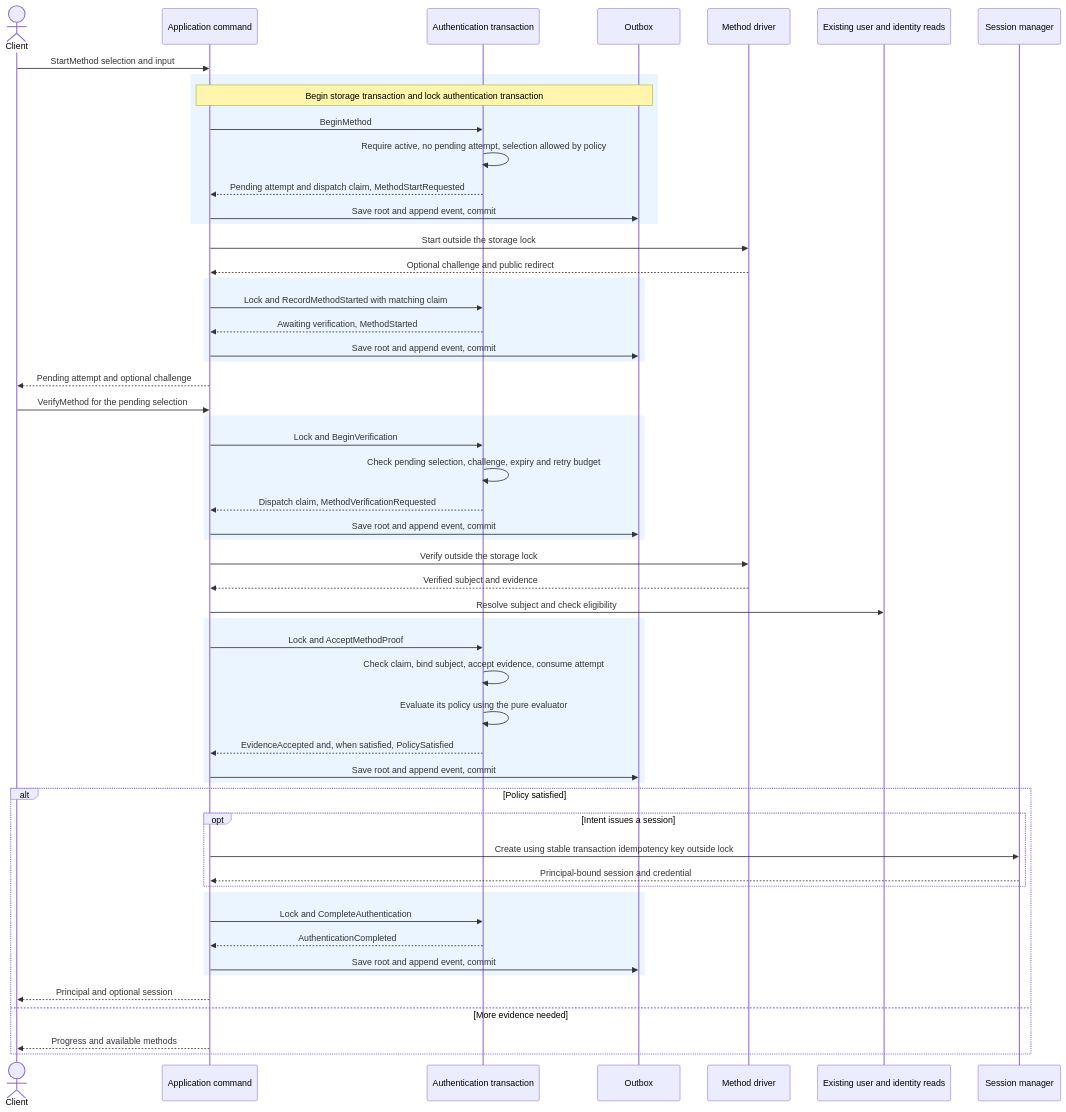
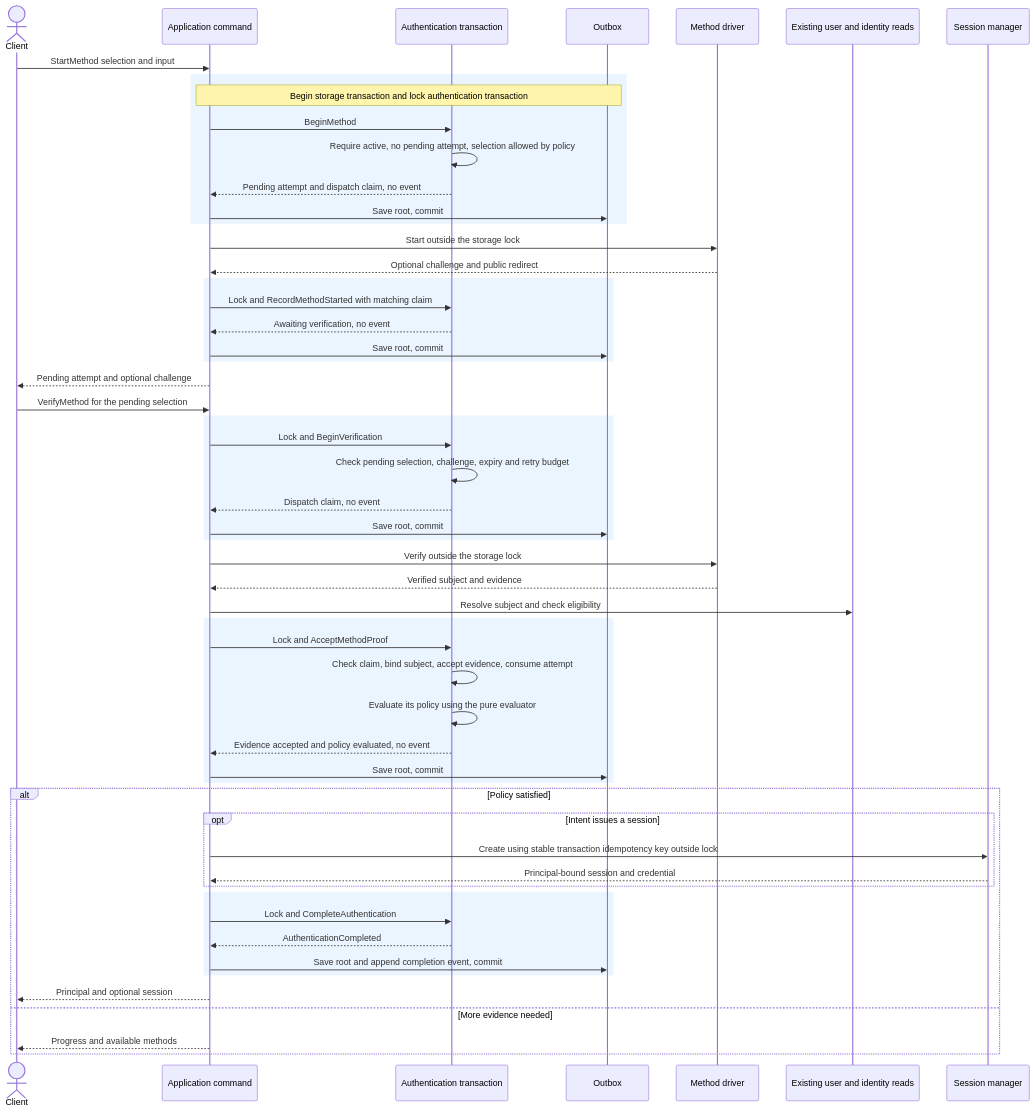
The first of 2 diagrams in docs/event-storming/authentication-method-attempts.md (not-for-prod/authorization), drawn with Mermaid before and after one commit. The commit also changed other lines of this file and 64 other files, not shown here.

````diff
--- a/docs/event-storming/authentication-method-attempts.md
+++ b/docs/event-storming/authentication-method-attempts.md
@@ -26,57 +26,57 @@
 ```mermaid
 sequenceDiagram
     actor Client
     participant App as Application command
     participant Tx as Authentication transaction
     participant Outbox
     participant Driver as Method driver
     participant User as Existing user and identity reads
     participant Sessions as Session manager
     Client->>App: StartMethod selection and input
     rect rgb(235, 245, 255)
         Note over App,Outbox: Begin storage transaction and lock authentication transaction
         App->>Tx: BeginMethod
         Tx->>Tx: Require active, no pending attempt, selection allowed by policy
-        Tx-->>App: Pending attempt and dispatch claim, MethodStartRequested
-        App->>Outbox: Save root and append event, commit
+        Tx-->>App: Pending attempt and dispatch claim, no event
+        App->>Outbox: Save root, commit
     end
     App->>Driver: Start outside the storage lock
     Driver-->>App: Optional challenge and public redirect
     rect rgb(235, 245, 255)
         App->>Tx: Lock and RecordMethodStarted with matching claim
-        Tx-->>App: Awaiting verification, MethodStarted
-        App->>Outbox: Save root and append event, commit
+        Tx-->>App: Awaiting verification, no event
+        App->>Outbox: Save root, commit
     end
     App-->>Client: Pending attempt and optional challenge
     Client->>App: VerifyMethod for the pending selection
     rect rgb(235, 245, 255)
         App->>Tx: Lock and BeginVerification
         Tx->>Tx: Check pending selection, challenge, expiry and retry budget
-        Tx-->>App: Dispatch claim, MethodVerificationRequested
-        App->>Outbox: Save root and append event, commit
+        Tx-->>App: Dispatch claim, no event
+        App->>Outbox: Save root, commit
     end
     App->>Driver: Verify outside the storage lock
     Driver-->>App: Verified subject and evidence
     App->>User: Resolve subject and check eligibility
     rect rgb(235, 245, 255)
         App->>Tx: Lock and AcceptMethodProof
         Tx->>Tx: Check claim, bind subject, accept evidence, consume attempt
         Tx->>Tx: Evaluate its policy using the pure evaluator
-        Tx-->>App: EvidenceAccepted and, when satisfied, PolicySatisfied
-        App->>Outbox: Save root and append event, commit
+        Tx-->>App: Evidence accepted and policy evaluated, no event
+        App->>Outbox: Save root, commit
     end
     alt Policy satisfied
         opt Intent issues a session
             App->>Sessions: Create using stable transaction idempotency key outside lock
             Sessions-->>App: Principal-bound session and credential
         end
         rect rgb(235, 245, 255)
             App->>Tx: Lock and CompleteAuthentication
             Tx-->>App: AuthenticationCompleted
-            App->>Outbox: Save root and append event, commit
+            App->>Outbox: Save root and append completion event, commit
         end
         App-->>Client: Principal and optional session
     else More evidence needed
         App-->>Client: Progress and available methods
     end
 ```
````
